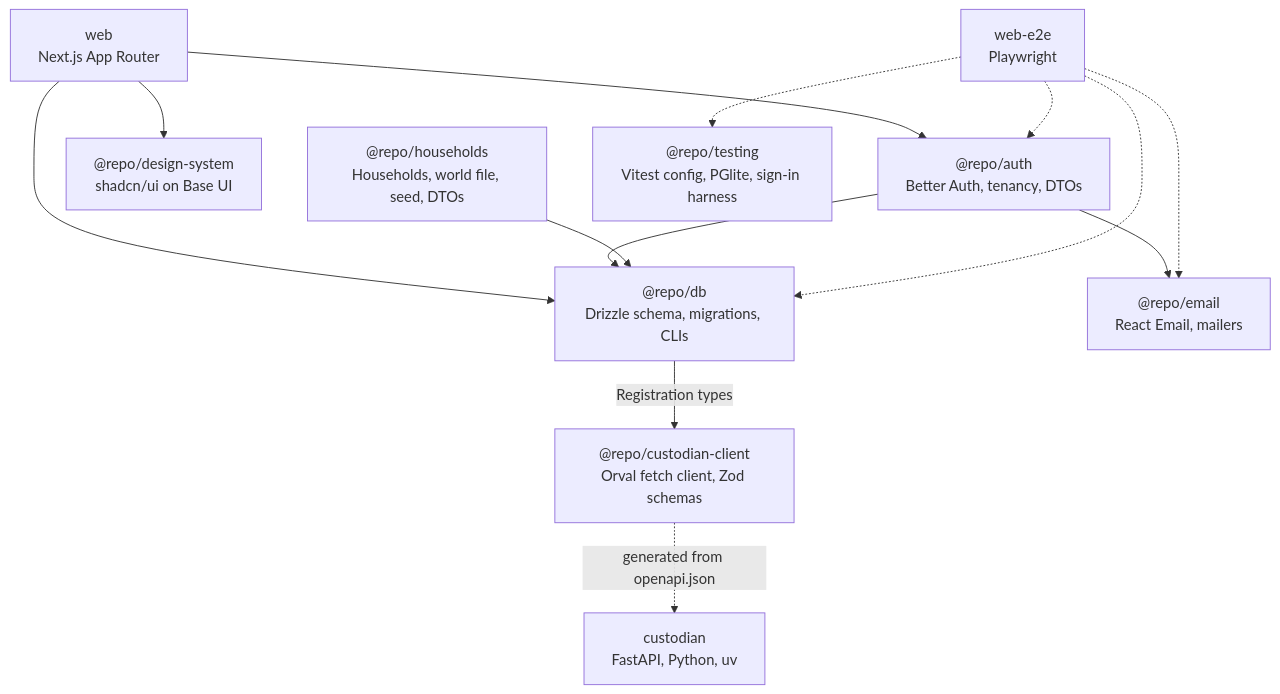
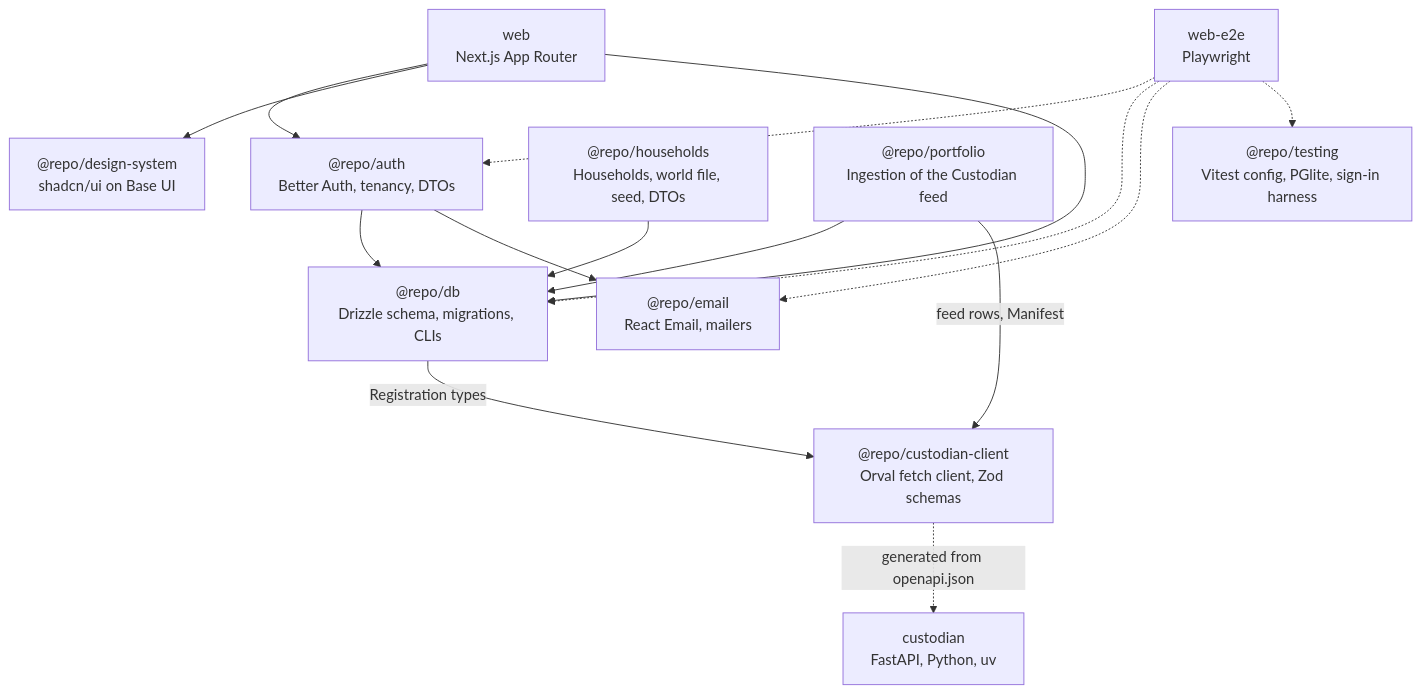
The diagram in docs/diagrams/packages.mmd (m0t0r/cognitive-wealth), drawn with Mermaid before and after one commit. The commit also changed 28 other files, not shown here.

First line of the commit message:
feat(portfolio): ingest one date's Custodian feed Delivery (#40)

```diff
--- a/docs/diagrams/packages.mmd
+++ b/docs/diagrams/packages.mmd
@@ -1,26 +1,29 @@
 flowchart TB
   web["web<br/>Next.js App Router"]
   e2e["web-e2e<br/>Playwright"]
   auth["@repo/auth<br/>Better Auth, tenancy, DTOs"]
   ds["@repo/design-system<br/>shadcn/ui on Base UI"]
   db["@repo/db<br/>Drizzle schema, migrations, CLIs"]
   email["@repo/email<br/>React Email, mailers"]
   households["@repo/households<br/>Households, world file, seed, DTOs"]
+  portfolio["@repo/portfolio<br/>Ingestion of the Custodian feed"]
   testing["@repo/testing<br/>Vitest config, PGlite, sign-in harness"]
   custodian["custodian<br/>FastAPI, Python, uv"]
   client["@repo/custodian-client<br/>Orval fetch client, Zod schemas"]
 
   web --> auth
   web --> ds
   web --> db
   auth --> db
   auth --> email
   households --> db
+  portfolio --> db
+  portfolio -->|"feed rows, Manifest"| client
   db -->|"Registration types"| client
 
   e2e -.-> auth
   e2e -.-> db
   e2e -.-> email
   e2e -.-> testing
 
   client -.->|"generated from openapi.json"| custodian
```
